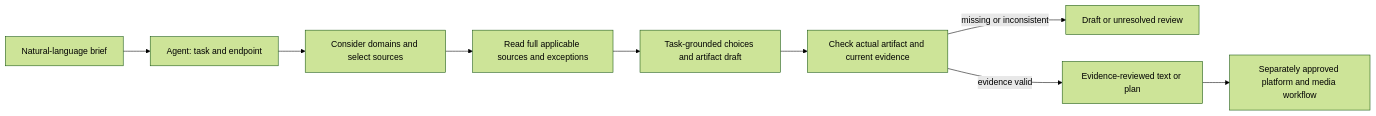
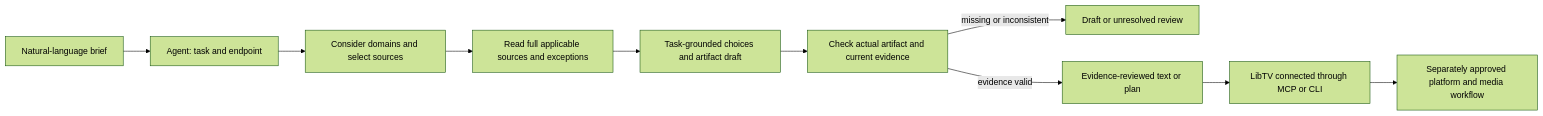
Before and after one commit to OldFossil-LGD/aigc-agent-studio: the diagram in README.md, drawn with Mermaid (forest theme). The commit also changed other lines of this file and 7 other files, not shown here.

```diff
--- a/README.md
+++ b/README.md
@@ -48,11 +73,12 @@
 ~~~mermaid
 flowchart LR
   B[Natural-language brief] --> A[Agent: task and endpoint]
   A --> C[Consider domains and select sources]
   C --> R[Read full applicable sources and exceptions]
   R --> D[Task-grounded choices and artifact draft]
   D --> V[Check actual artifact and current evidence]
   V -->|missing or inconsistent| W[Draft or unresolved review]
   V -->|evidence valid| F[Evidence-reviewed text or plan]
-  F --> P[Separately approved platform and media workflow]
+  F --> L[LibTV connected through MCP or CLI]
+  L --> P[Separately approved platform and media workflow]
 ~~~
```
